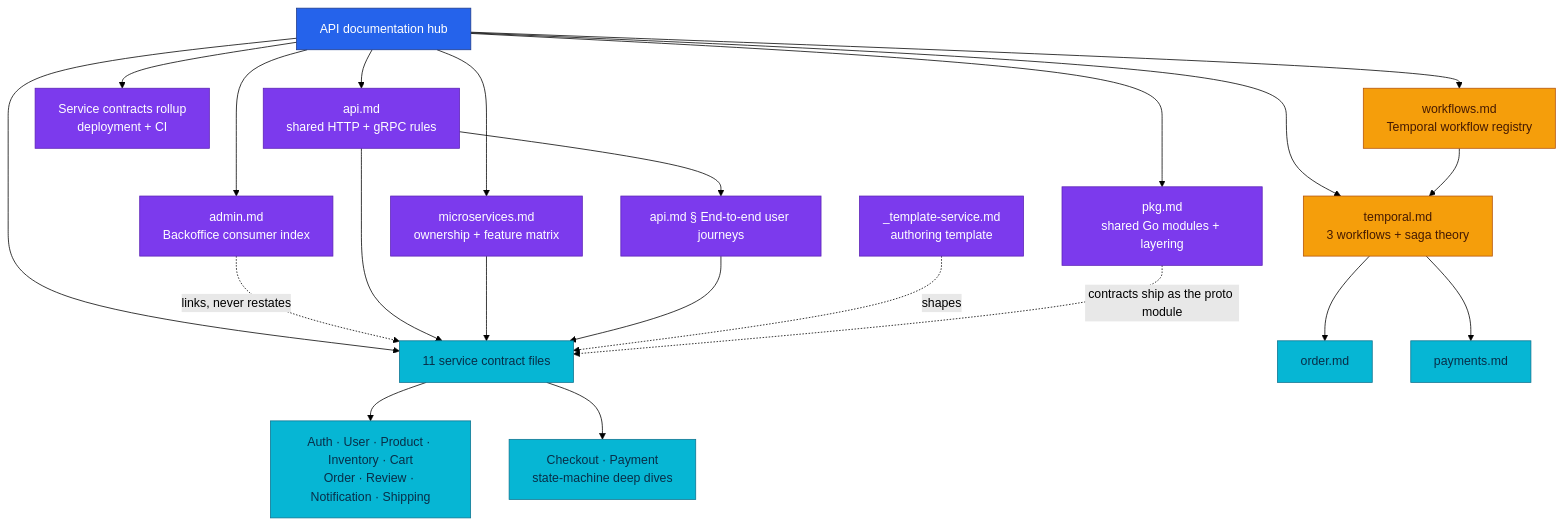
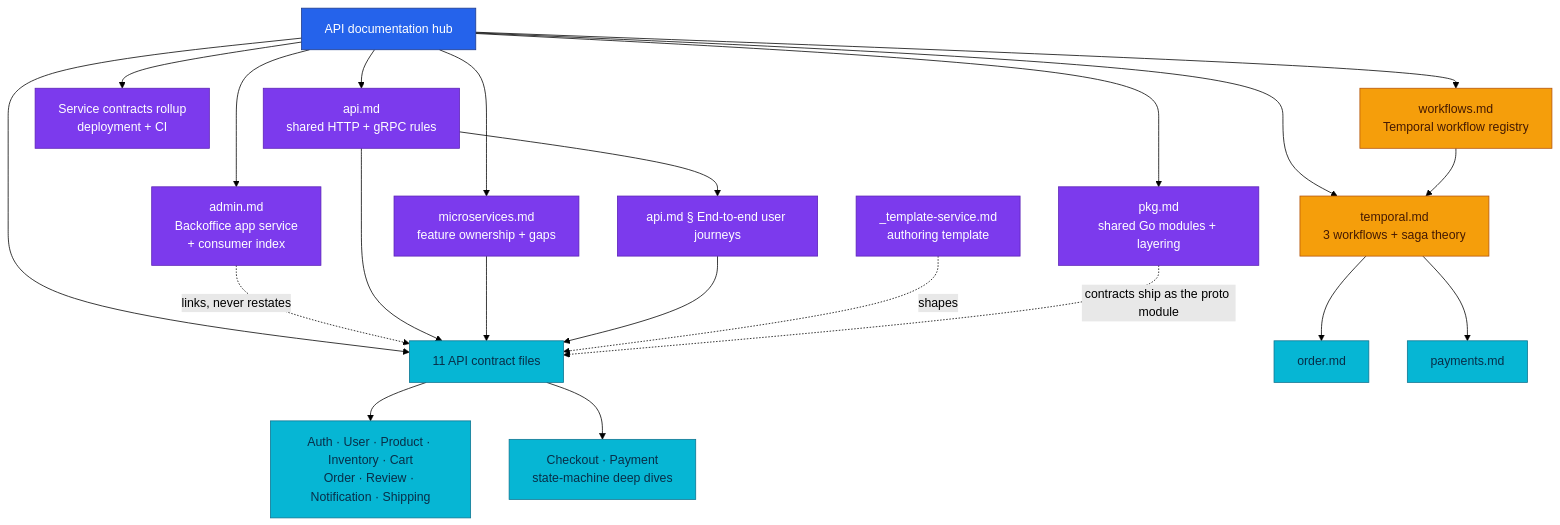
Before and after one commit to duynhlab/homelab: the diagram in docs/api/README.md, drawn with Mermaid (forest theme). The commit also changed other lines of this file and 17 other files, not shown here.

````diff
--- a/docs/api/README.md
+++ b/docs/api/README.md
@@ -15,32 +16,32 @@
 ```mermaid
 flowchart TD
     Hub["API documentation hub"] --> Shared["api.md<br/>shared HTTP + gRPC rules"]
     Hub --> Rollup["Service contracts rollup<br/>deployment + CI"]
-    Hub --> Catalog["microservices.md<br/>ownership + feature matrix"]
-    Hub --> Contracts["11 service contract files"]
+    Hub --> Catalog["microservices.md<br/>feature ownership + gaps"]
+    Hub --> Contracts["11 API contract files"]
     Hub --> Workflows["workflows.md<br/>Temporal workflow registry"]
     Hub --> Saga["temporal.md<br/>3 workflows + saga theory"]
     Hub --> Pkg["pkg.md<br/>shared Go modules + layering"]
-    Hub --> Consumer["admin.md<br/>Backoffice consumer index"]
+    Hub --> Consumer["admin.md<br/>Backoffice app service<br/>+ consumer index"]
     Shared --> Journeys["api.md § End-to-end user journeys"]
     Contracts --> Basic["Auth · User · Product · Inventory · Cart<br/>Order · Review · Notification · Shipping"]
     Contracts --> Deep["Checkout · Payment<br/>state-machine deep dives"]
     Consumer -.->|"links, never restates"| Contracts
     Shared --> Contracts
     Catalog --> Contracts
     Journeys --> Contracts
     Workflows --> Saga
     Template["_template-service.md<br/>authoring template"] -.->|"shapes"| Contracts
     Saga --> Order["order.md"]
     Saga --> Payment["payments.md"]
     Pkg -.->|"contracts ship as the proto module"| Contracts
 
     classDef hub fill:#2563eb,color:#fff,stroke:#1e3a8a;
     classDef guide fill:#7c3aed,color:#fff,stroke:#5b21b6;
     classDef contract fill:#06b6d4,color:#082f49,stroke:#0e7490;
     classDef workflow fill:#f59e0b,color:#451a03,stroke:#b45309;
     class Hub hub;
     class Shared,Catalog,Rollup,Journeys,Template,Pkg,Consumer guide;
     class Contracts,Basic,Deep,Order,Payment contract;
     class Saga,Workflows workflow;
 ```
````
